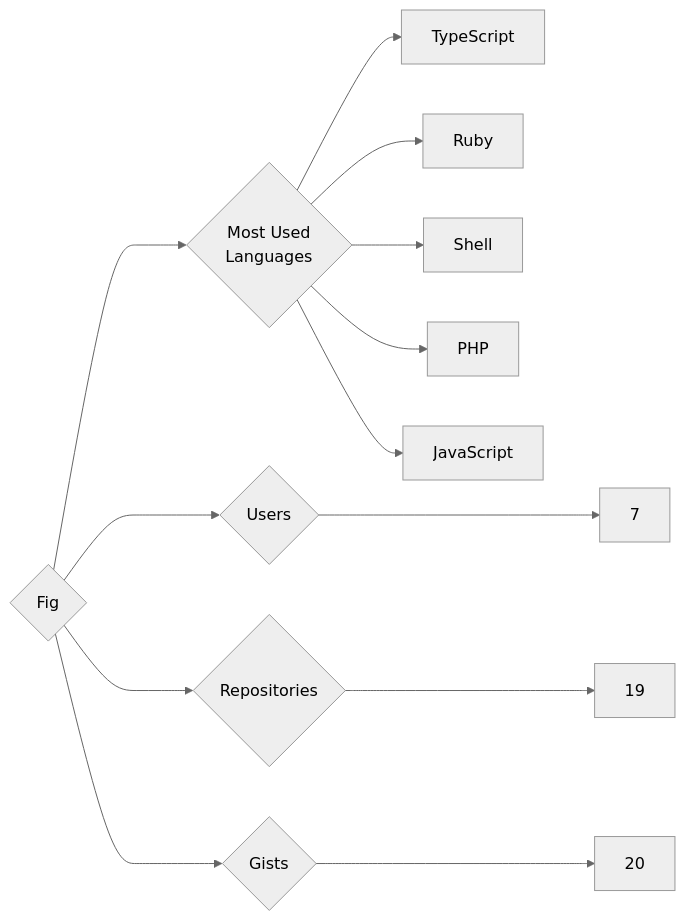
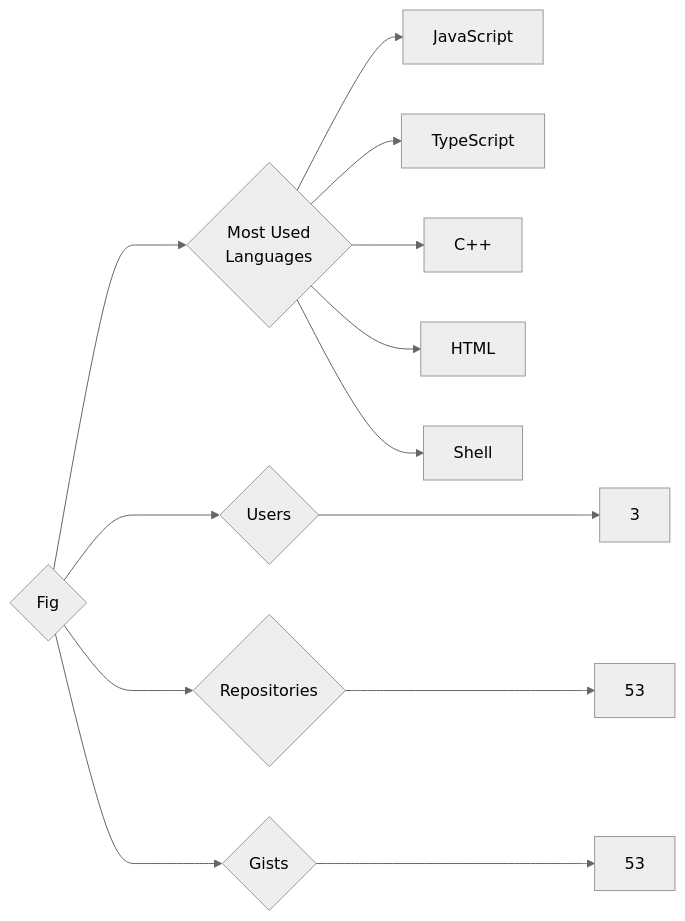
The diagram in targets/Fig/README.md (trickest/insiders), drawn with Mermaid (neutral theme) before and after one commit. The commit also changed 823 other files, not shown here.

````diff
--- a/targets/Fig/README.md
+++ b/targets/Fig/README.md
@@ -3,13 +3,13 @@
 ```mermaid
 graph LR
 COMPANY_NAME{Fig}
-COMPANY_NAME ---> U{Users} ---> UN[7]
-COMPANY_NAME ---> R{Repositories} ---> RN[19]
-COMPANY_NAME ---> G{Gists} ---> GN[20]
+COMPANY_NAME ---> U{Users} ---> UN[3]
+COMPANY_NAME ---> R{Repositories} ---> RN[53]
+COMPANY_NAME ---> G{Gists} ---> GN[53]
 COMPANY_NAME ---> ML{Most Used<br>Languages}
+ML --> JavaScript[JavaScript]
 ML --> TypeScript[TypeScript]
-ML --> Ruby[Ruby]
+ML --> C++[C++]
+ML --> HTML[HTML]
 ML --> Shell[Shell]
-ML --> PHP[PHP]
-ML --> JavaScript[JavaScript]
 ```
````
